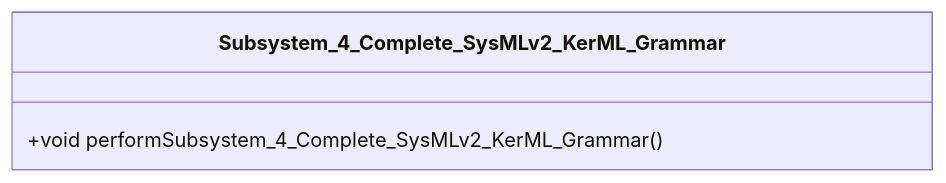
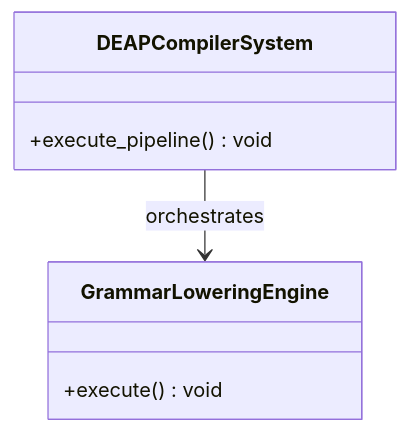
The first of 2 diagrams in docs/epics/EPIC-06-Subsystem_4_Complete_SysMLv2_KerML_Grammar.md (gintatkinson/dumpiler-01), drawn with Mermaid before and after one commit. The commit also changed other lines of this file and 90 other files, not shown here.

````diff
--- a/docs/epics/EPIC-06-Subsystem_4_Complete_SysMLv2_KerML_Grammar.md
+++ b/docs/epics/EPIC-06-Subsystem_4_Complete_SysMLv2_KerML_Grammar.md
@@ -30,6 +53,10 @@
 ```mermaid
 classDiagram
-    class Subsystem_4_Complete_SysMLv2_KerML_Grammar {
-        +void performSubsystem_4_Complete_SysMLv2_KerML_Grammar()
+    class DEAPCompilerSystem {
+        +execute_pipeline() void
     }
+    class GrammarLoweringEngine {
+        +execute() void
+    }
+    DEAPCompilerSystem --> GrammarLoweringEngine : orchestrates
 ```
````
